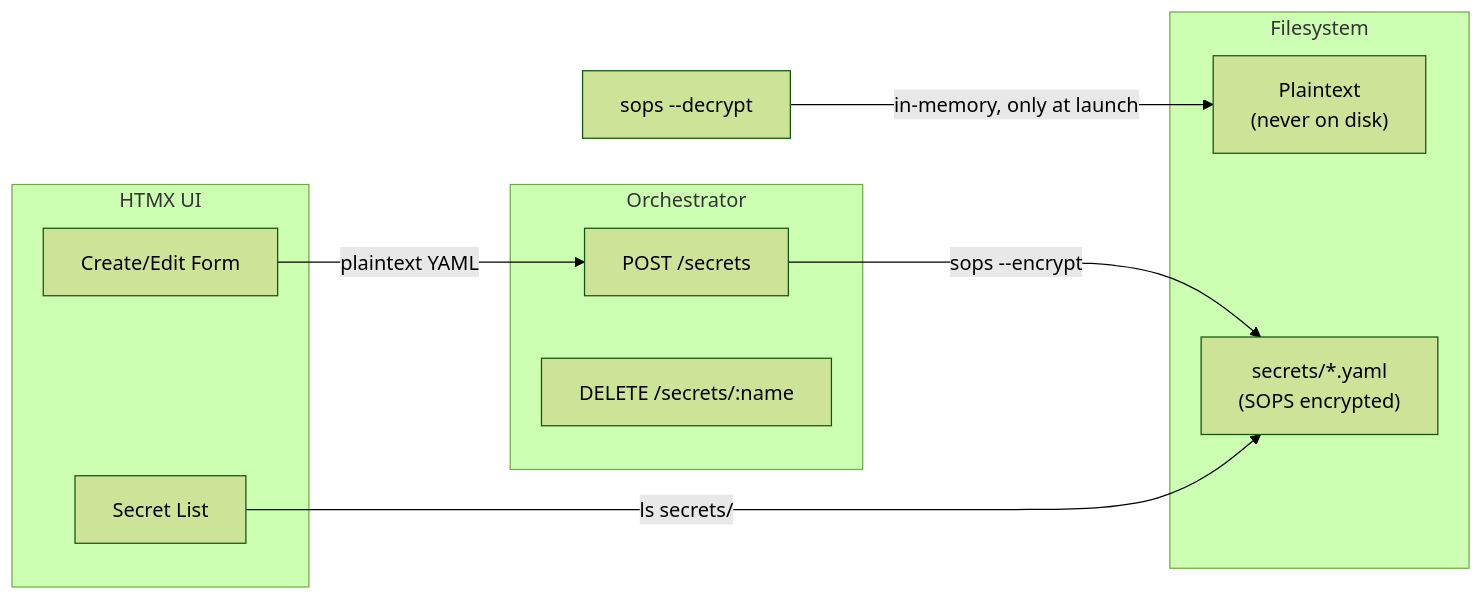
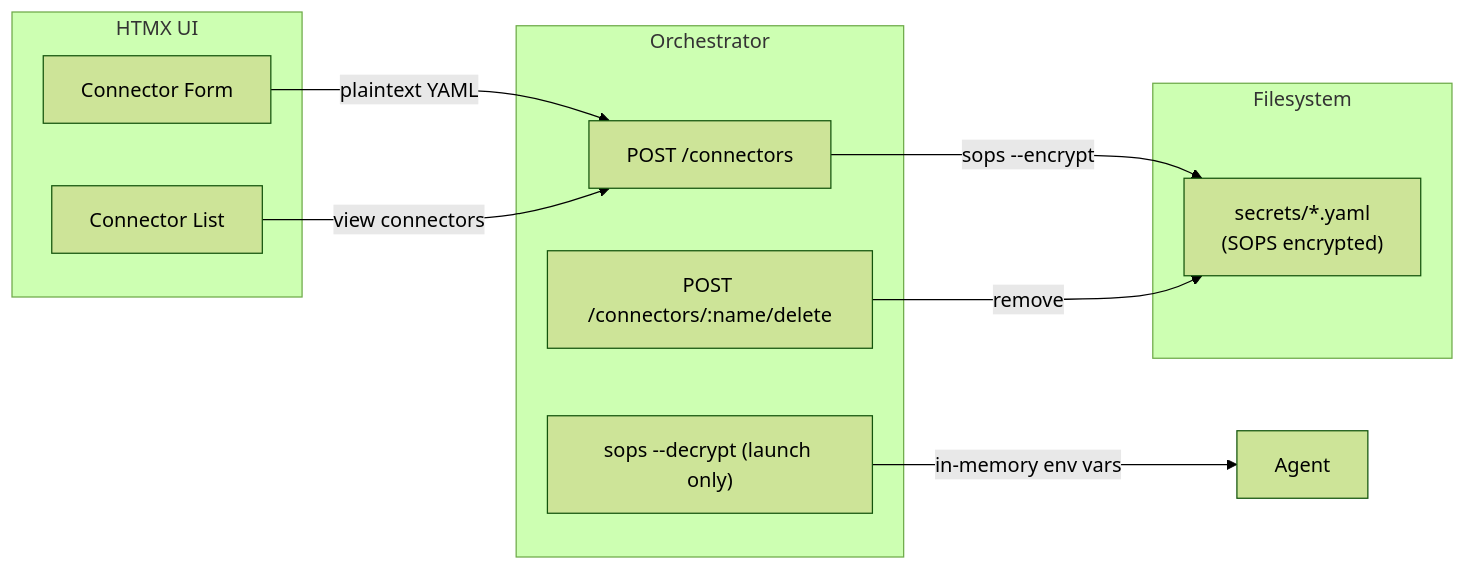
The fourth of 4 diagrams in design.md (marcoklein/agent-land), drawn with Mermaid (forest theme) before and after one commit. The commit also changed other lines of this file and 2 other files, not shown here.

Commit message:
docs: record embedded secrets ADR and update design doc
ADR-010 documents the decision to move secrets into the connector
form. design.md updated: connector model section, data flow diagram,
removed separate secrets management references.

````diff
--- a/design.md
+++ b/design.md
@@ -283,22 +283,23 @@
 ```mermaid
 flowchart LR
     subgraph UI["HTMX UI"]
-        Form[Create/Edit Form]
-        List[Secret List]
+        Form[Connector Form]
+        List[Connector List]
     end
 
     subgraph Orchestrator["Orchestrator"]
-        Encrypt[POST /secrets]
-        Delete[DELETE /secrets/:name]
+        Create[POST /connectors]
+        Delete[POST /connectors/:name/delete]
+        Decrypt["sops --decrypt (launch only)"]
     end
 
     subgraph FS["Filesystem"]
-        Plain["Plaintext<br/>(never on disk)"]
         Encrypted["secrets/*.yaml<br/>(SOPS encrypted)"]
     end
 
-    Form -->|"plaintext YAML"| Encrypt
-    Encrypt -->|"sops --encrypt"| Encrypted
-    List -->|"ls secrets/"| Encrypted
-    Decrypt["sops --decrypt"] -->|"in-memory, only at launch"| Plain
+    Form -->|"plaintext YAML"| Create
+    Create -->|"sops --encrypt"| Encrypted
+    List -->|"view connectors"| Create
+    Delete -->|"remove"| Encrypted
+    Decrypt -->|"in-memory env vars"| Agent
 ```
````
